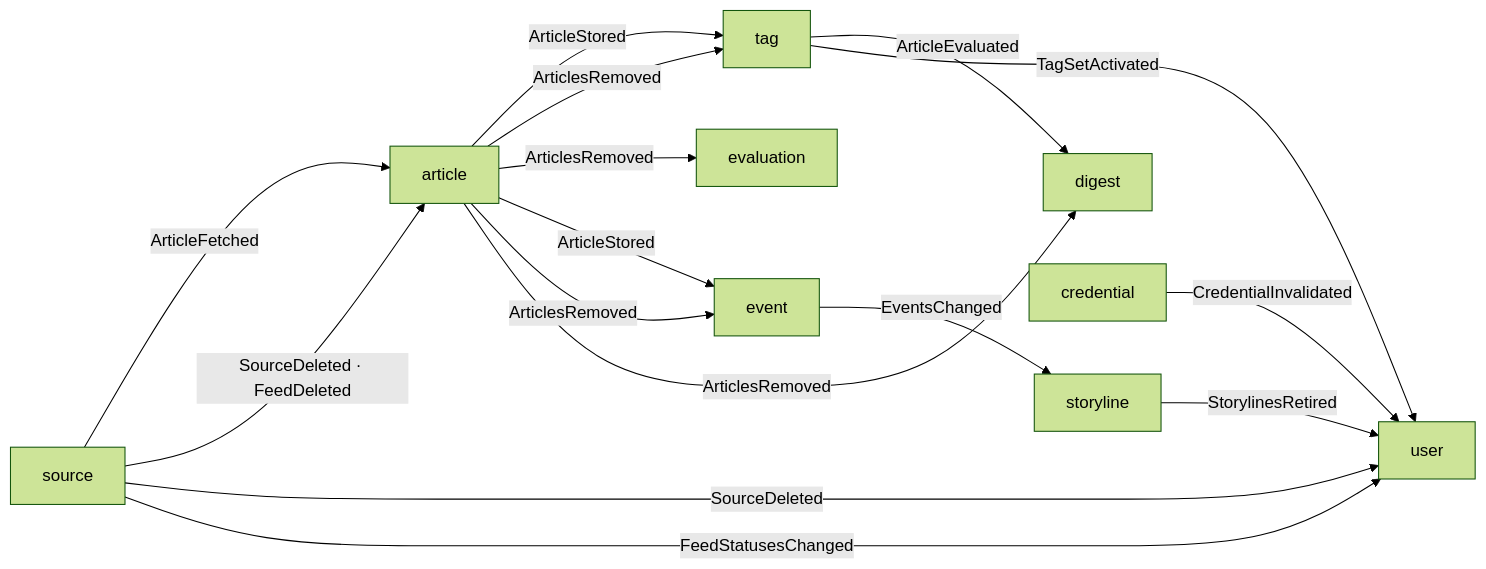
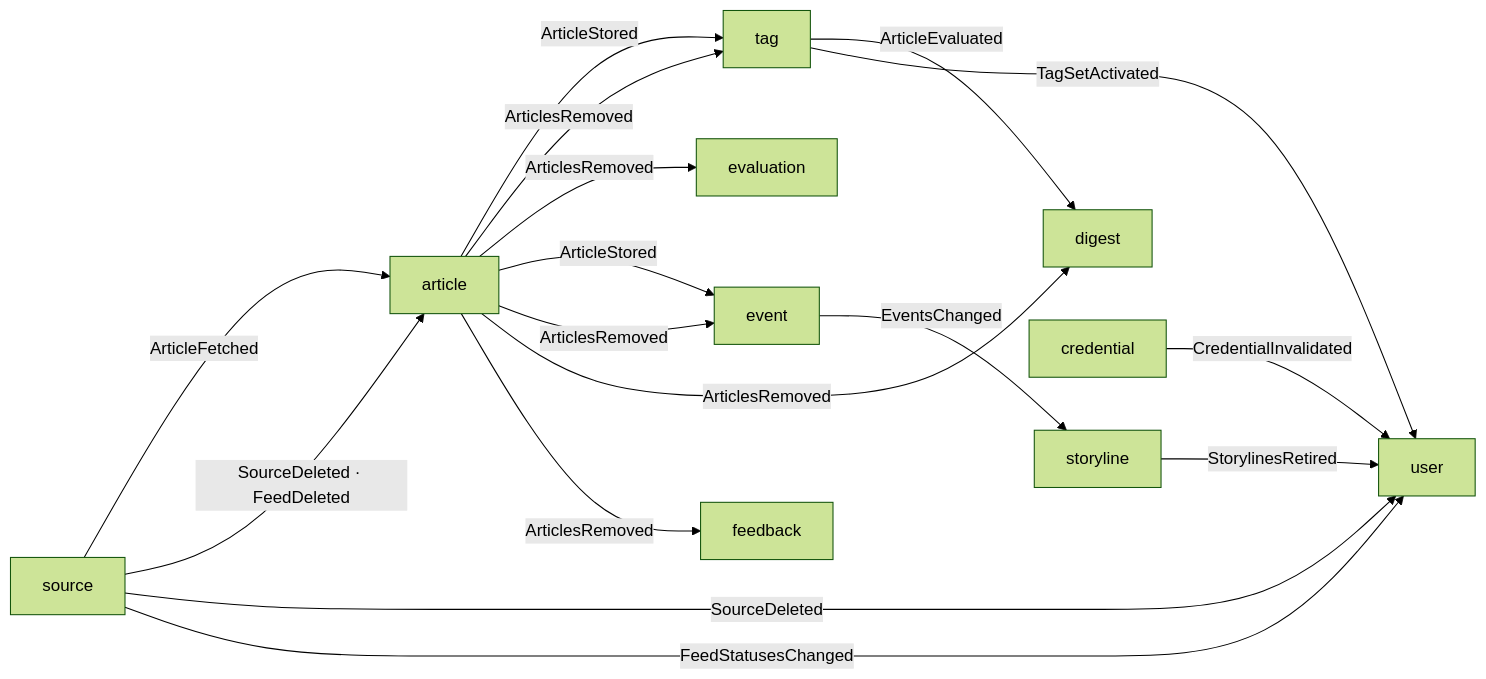
One commit to Theia0382/yozm-news changed the second of 2 diagrams in docs/overview.md. Above: the diagram before and after it, drawn with Mermaid (forest theme). The commit also changed other lines of this file and 15 other files, not shown here.

````diff
--- a/docs/overview.md
+++ b/docs/overview.md
@@ -138,18 +138,19 @@
 ```mermaid
 flowchart LR
     source -- ArticleFetched --> article
     source -- SourceDeleted · FeedDeleted --> article
     source -- SourceDeleted --> user
     source -- FeedStatusesChanged --> user
     article -- ArticleStored --> tag
     article -- ArticlesRemoved --> tag
     article -- ArticlesRemoved --> evaluation
     article -- ArticleStored --> event
     article -- ArticlesRemoved --> event
     article -- ArticlesRemoved --> digest
+    article -- ArticlesRemoved --> feedback
     event -- EventsChanged --> storyline
     tag -- ArticleEvaluated --> digest
     tag -- TagSetActivated --> user
     storyline -- StorylinesRetired --> user
     credential -- CredentialInvalidated --> user
 ```
````
